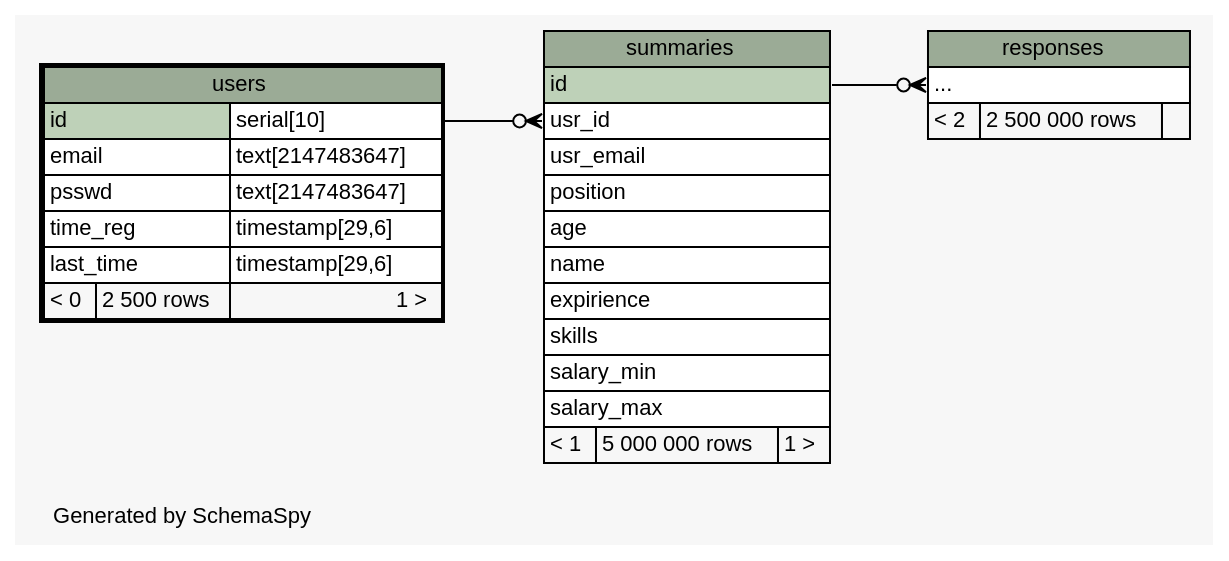
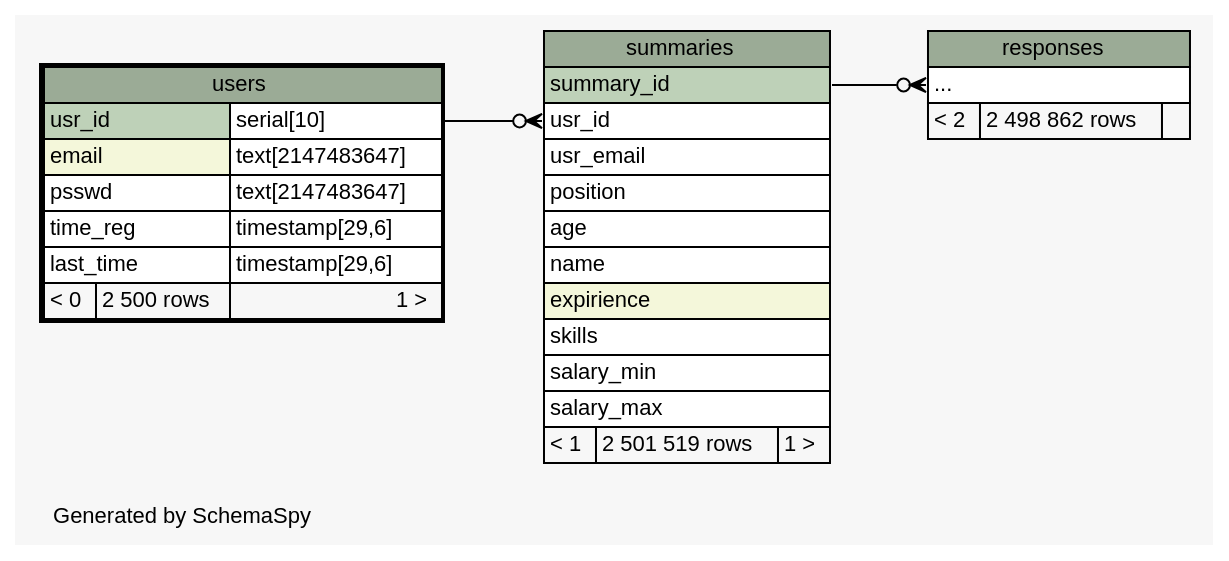
Before and after one commit to colorbash/hh-database-homework: the diagram in schemaspy/diagrams/users.2degrees.dot, drawn with Graphviz. The commit also changed 56 other files, not shown here.

```diff
--- a/schemaspy/diagrams/users.2degrees.dot
+++ b/schemaspy/diagrams/users.2degrees.dot
@@ -1,67 +1,67 @@
 // dot 2.38.0 on Windows 10 10.0
 // SchemaSpy rev 590
 digraph "twoDegreesRelationshipsDiagram" {
   graph [
     rankdir="RL"
     bgcolor="#f7f7f7"
     label="\nGenerated by SchemaSpy"
     labeljust="l"
     nodesep="0.18"
     ranksep="0.46"
     fontname="Helvetica"
     fontsize="11"
   ];
   node [
     fontname="Helvetica"
     fontsize="11"
     shape="plaintext"
   ];
   edge [
     arrowsize="0.8"
   ];
-  "responses":"elipses":w -> "summaries":"id":e [arrowhead=none dir=back arrowtail=crowodot];
-  "summaries":"usr_id":w -> "users":"id.type":e [arrowhead=none dir=back arrowtail=crowodot];
+  "responses":"elipses":w -> "summaries":"summary_id":e [arrowhead=none dir=back arrowtail=crowodot];
+  "summaries":"usr_id":w -> "users":"usr_id.type":e [arrowhead=none dir=back arrowtail=crowodot];
   "responses" [
     label=<
     <TABLE BORDER="0" CELLBORDER="1" CELLSPACING="0" BGCOLOR="#ffffff">
       <TR><TD COLSPAN="3" BGCOLOR="#9bab96" ALIGN="CENTER">responses</TD></TR>
       <TR><TD PORT="elipses" COLSPAN="3" ALIGN="LEFT">...</TD></TR>
-      <TR><TD ALIGN="LEFT" BGCOLOR="#f7f7f7">&lt; 2</TD><TD ALIGN="RIGHT" BGCOLOR="#f7f7f7">2 500 000 rows</TD><TD ALIGN="RIGHT" BGCOLOR="#f7f7f7">  </TD></TR>
+      <TR><TD ALIGN="LEFT" BGCOLOR="#f7f7f7">&lt; 2</TD><TD ALIGN="RIGHT" BGCOLOR="#f7f7f7">2 498 862 rows</TD><TD ALIGN="RIGHT" BGCOLOR="#f7f7f7">  </TD></TR>
     </TABLE>>
     URL="responses.html"
     tooltip="responses"
   ];
   "summaries" [
     label=<
     <TABLE BORDER="0" CELLBORDER="1" CELLSPACING="0" BGCOLOR="#ffffff">
       <TR><TD COLSPAN="3" BGCOLOR="#9bab96" ALIGN="CENTER">summaries</TD></TR>
-      <TR><TD PORT="id" COLSPAN="3" BGCOLOR="#bed1b8" ALIGN="LEFT">id</TD></TR>
+      <TR><TD PORT="summary_id" COLSPAN="3" BGCOLOR="#bed1b8" ALIGN="LEFT">summary_id</TD></TR>
       <TR><TD PORT="usr_id" COLSPAN="3" ALIGN="LEFT">usr_id</TD></TR>
       <TR><TD PORT="usr_email" COLSPAN="3" ALIGN="LEFT">usr_email</TD></TR>
       <TR><TD PORT="position" COLSPAN="3" ALIGN="LEFT">position</TD></TR>
       <TR><TD PORT="age" COLSPAN="3" ALIGN="LEFT">age</TD></TR>
       <TR><TD PORT="name" COLSPAN="3" ALIGN="LEFT">name</TD></TR>
-      <TR><TD PORT="expirience" COLSPAN="3" ALIGN="LEFT">expirience</TD></TR>
+      <TR><TD PORT="expirience" COLSPAN="3" BGCOLOR="#f4f7da" ALIGN="LEFT">expirience</TD></TR>
       <TR><TD PORT="skills" COLSPAN="3" ALIGN="LEFT">skills</TD></TR>
       <TR><TD PORT="salary_min" COLSPAN="3" ALIGN="LEFT">salary_min</TD></TR>
       <TR><TD PORT="salary_max" COLSPAN="3" ALIGN="LEFT">salary_max</TD></TR>
-      <TR><TD ALIGN="LEFT" BGCOLOR="#f7f7f7">&lt; 1</TD><TD ALIGN="RIGHT" BGCOLOR="#f7f7f7">5 000 000 rows</TD><TD ALIGN="RIGHT" BGCOLOR="#f7f7f7">1 &gt;</TD></TR>
+      <TR><TD ALIGN="LEFT" BGCOLOR="#f7f7f7">&lt; 1</TD><TD ALIGN="RIGHT" BGCOLOR="#f7f7f7">2 501 519 rows</TD><TD ALIGN="RIGHT" BGCOLOR="#f7f7f7">1 &gt;</TD></TR>
     </TABLE>>
     URL="summaries.html"
     tooltip="summaries"
   ];
   "users" [
     label=<
     <TABLE BORDER="2" CELLBORDER="1" CELLSPACING="0" BGCOLOR="#ffffff">
       <TR><TD COLSPAN="3" BGCOLOR="#9bab96" ALIGN="CENTER">users</TD></TR>
-      <TR><TD PORT="id" COLSPAN="2" BGCOLOR="#bed1b8" ALIGN="LEFT">id</TD><TD PORT="id.type" ALIGN="LEFT">serial[10]</TD></TR>
-      <TR><TD PORT="email" COLSPAN="2" ALIGN="LEFT">email</TD><TD PORT="email.type" ALIGN="LEFT">text[2147483647]</TD></TR>
+      <TR><TD PORT="usr_id" COLSPAN="2" BGCOLOR="#bed1b8" ALIGN="LEFT">usr_id</TD><TD PORT="usr_id.type" ALIGN="LEFT">serial[10]</TD></TR>
+      <TR><TD PORT="email" COLSPAN="2" BGCOLOR="#f4f7da" ALIGN="LEFT">email</TD><TD PORT="email.type" ALIGN="LEFT">text[2147483647]</TD></TR>
       <TR><TD PORT="psswd" COLSPAN="2" ALIGN="LEFT">psswd</TD><TD PORT="psswd.type" ALIGN="LEFT">text[2147483647]</TD></TR>
       <TR><TD PORT="time_reg" COLSPAN="2" ALIGN="LEFT">time_reg</TD><TD PORT="time_reg.type" ALIGN="LEFT">timestamp[29,6]</TD></TR>
       <TR><TD PORT="last_time" COLSPAN="2" ALIGN="LEFT">last_time</TD><TD PORT="last_time.type" ALIGN="LEFT">timestamp[29,6]</TD></TR>
       <TR><TD ALIGN="LEFT" BGCOLOR="#f7f7f7">&lt; 0</TD><TD ALIGN="RIGHT" BGCOLOR="#f7f7f7">2 500 rows</TD><TD ALIGN="RIGHT" BGCOLOR="#f7f7f7">1 &gt;</TD></TR>
     </TABLE>>
     URL="users.html"
     tooltip="users"
   ];
 }
```
